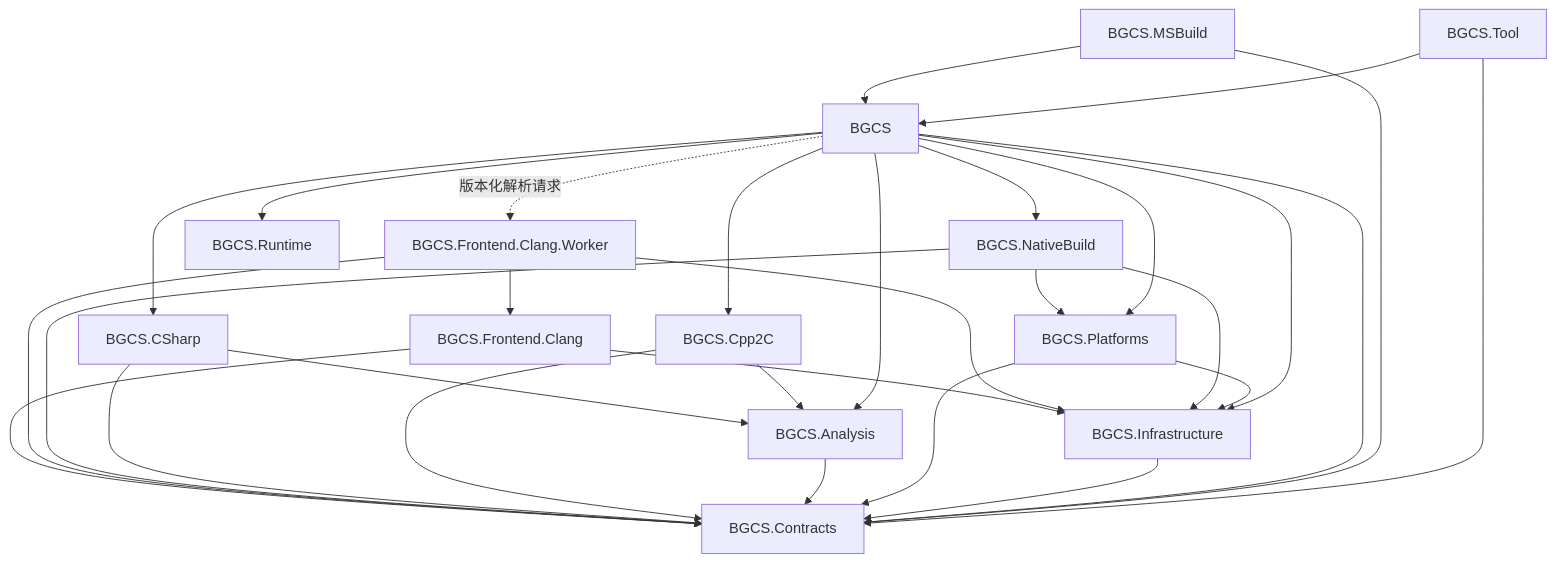
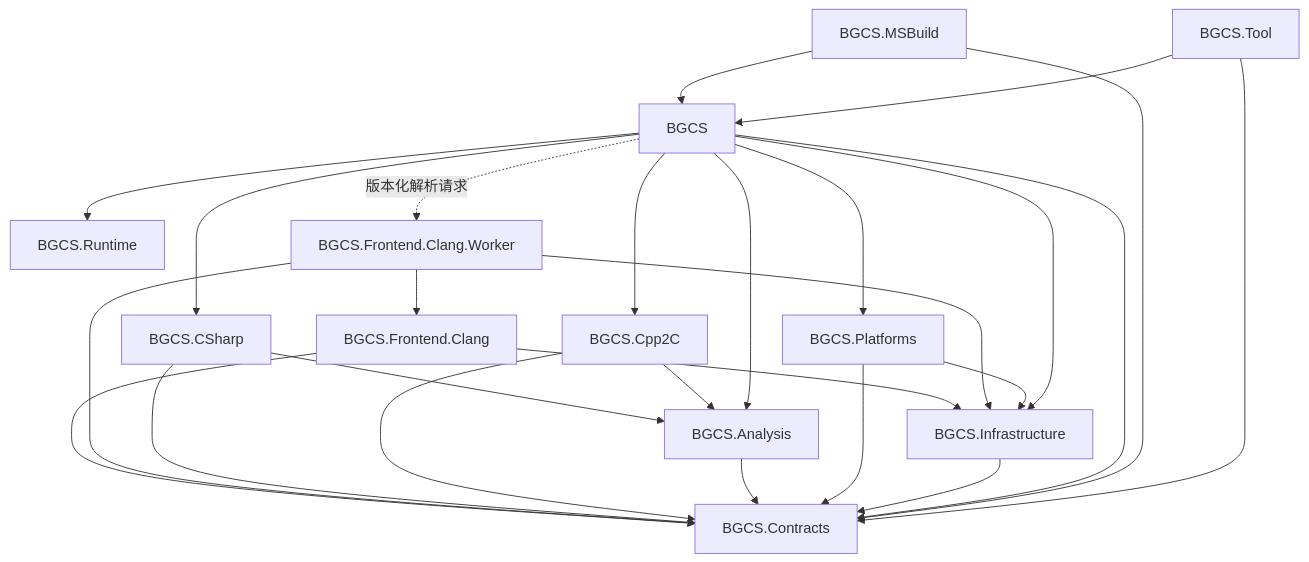
One commit to FLwolfy/BindGen-CS changed the first of 3 diagrams in docs/architecture.cn.md. Above: the diagram before and after it, drawn with Mermaid. The commit also changed other lines of this file and 651 other files, not shown here.

````diff
--- a/docs/architecture.cn.md
+++ b/docs/architecture.cn.md
@@ -29,32 +28,28 @@
 ```mermaid
 flowchart TB
     Tool[BGCS.Tool] --> Host[BGCS]
     Tool --> Contracts[BGCS.Contracts]
     MSBuild[BGCS.MSBuild] --> Host
     MSBuild --> Contracts
     Host --> Contracts
     Host --> Infrastructure[BGCS.Infrastructure]
     Host --> Platforms[BGCS.Platforms]
     Host --> Analysis[BGCS.Analysis]
     Host --> Cpp[BGCS.Cpp2C]
     Host --> CSharp[BGCS.CSharp]
-    Host --> NativeBuild[BGCS.NativeBuild]
     Host --> Runtime[BGCS.Runtime]
     Infrastructure --> Contracts
     Platforms --> Contracts
     Platforms --> Infrastructure
     Analysis --> Contracts
     Cpp --> Contracts
     Cpp --> Analysis
     CSharp --> Contracts
     CSharp --> Analysis
-    NativeBuild --> Contracts
-    NativeBuild --> Infrastructure
-    NativeBuild --> Platforms
     Worker[BGCS.Frontend.Clang.Worker] --> Contracts
     Worker --> Infrastructure
     Worker --> Frontend[BGCS.Frontend.Clang]
     Frontend --> Contracts
     Frontend --> Infrastructure
     Host -. 版本化解析请求 .-> Worker
 ```
````
